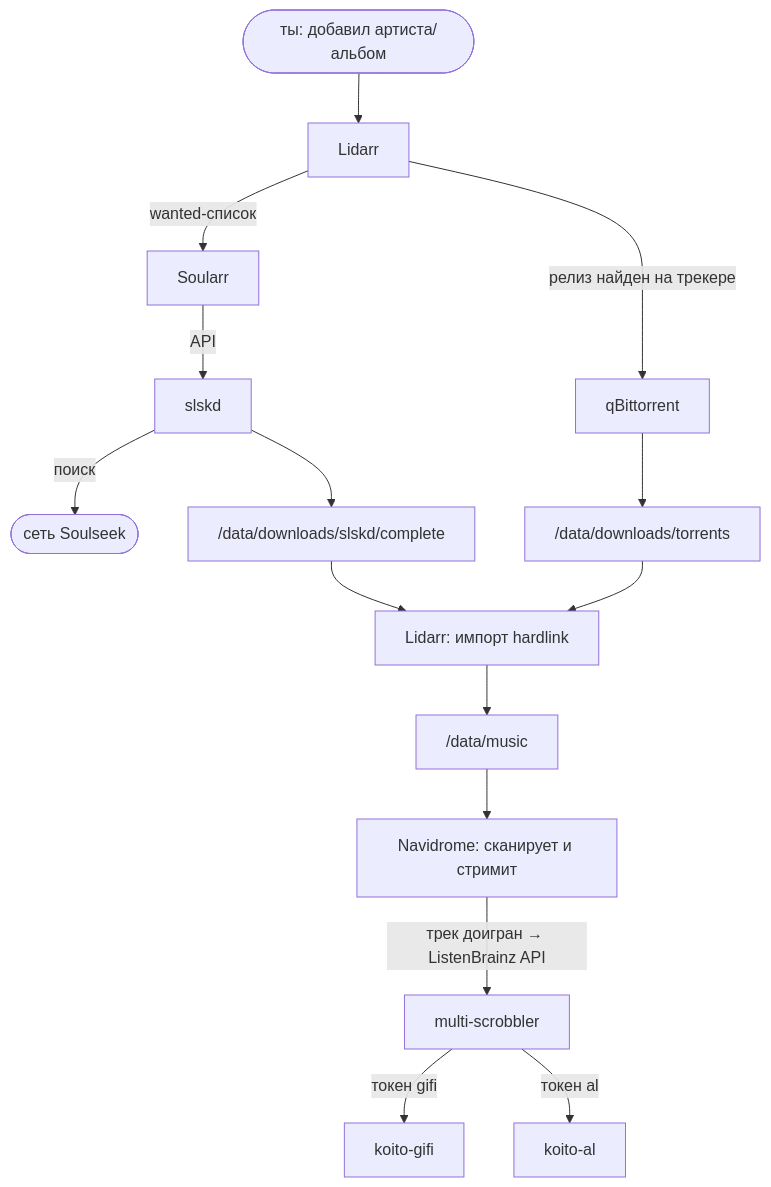
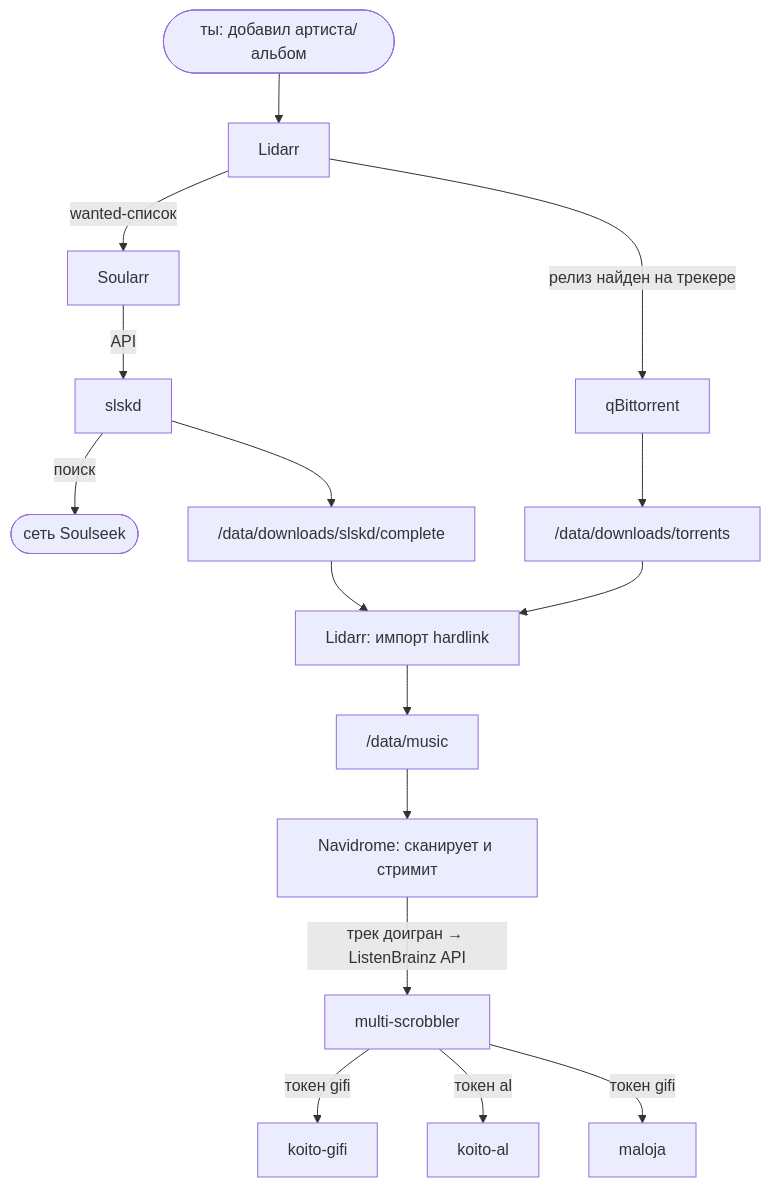
Before and after one commit to gifi71/pwnd-music: the diagram in README.md, drawn with Mermaid. The commit also changed other lines of this file, not shown here.

````diff
--- a/README.md
+++ b/README.md
@@ -21,17 +25,18 @@
 ```mermaid
 flowchart TD
     U([ты: добавил артиста/альбом]) --> L[Lidarr]
     L -- "wanted-список" --> S[Soularr]
     L -- "релиз найден на трекере" --> Q[qBittorrent]
     S -- "API" --> SL[slskd]
     SL -- "поиск" --> SS([сеть Soulseek])
     SL --> D1["/data/downloads/slskd/complete"]
     Q --> D2["/data/downloads/torrents"]
     D1 --> IMP[Lidarr: импорт hardlink]
     D2 --> IMP
     IMP --> M["/data/music"]
     M --> N[Navidrome: сканирует и стримит]
     N -- "трек доигран → ListenBrainz API" --> MS[multi-scrobbler]
     MS -- "токен gifi" --> K1[koito-gifi]
     MS -- "токен al" --> K2[koito-al]
+    MS -- "токен gifi" --> MJ[maloja]
 ```
````
